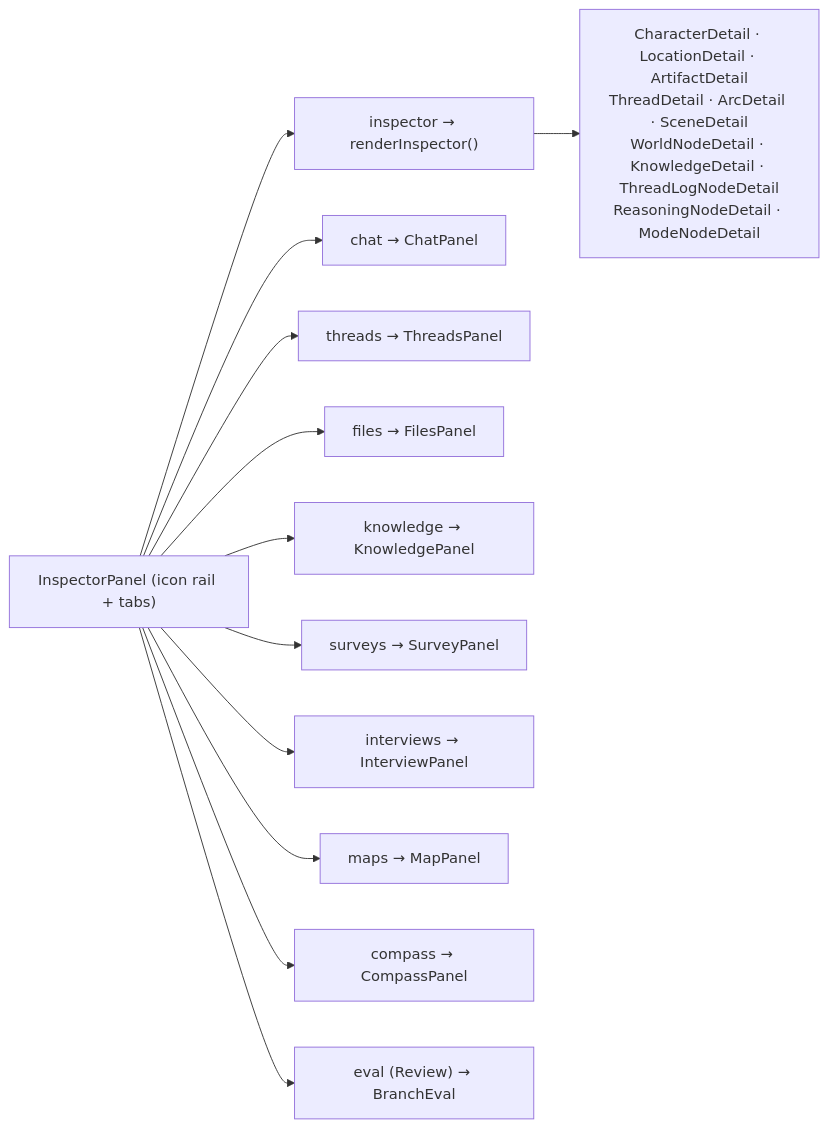
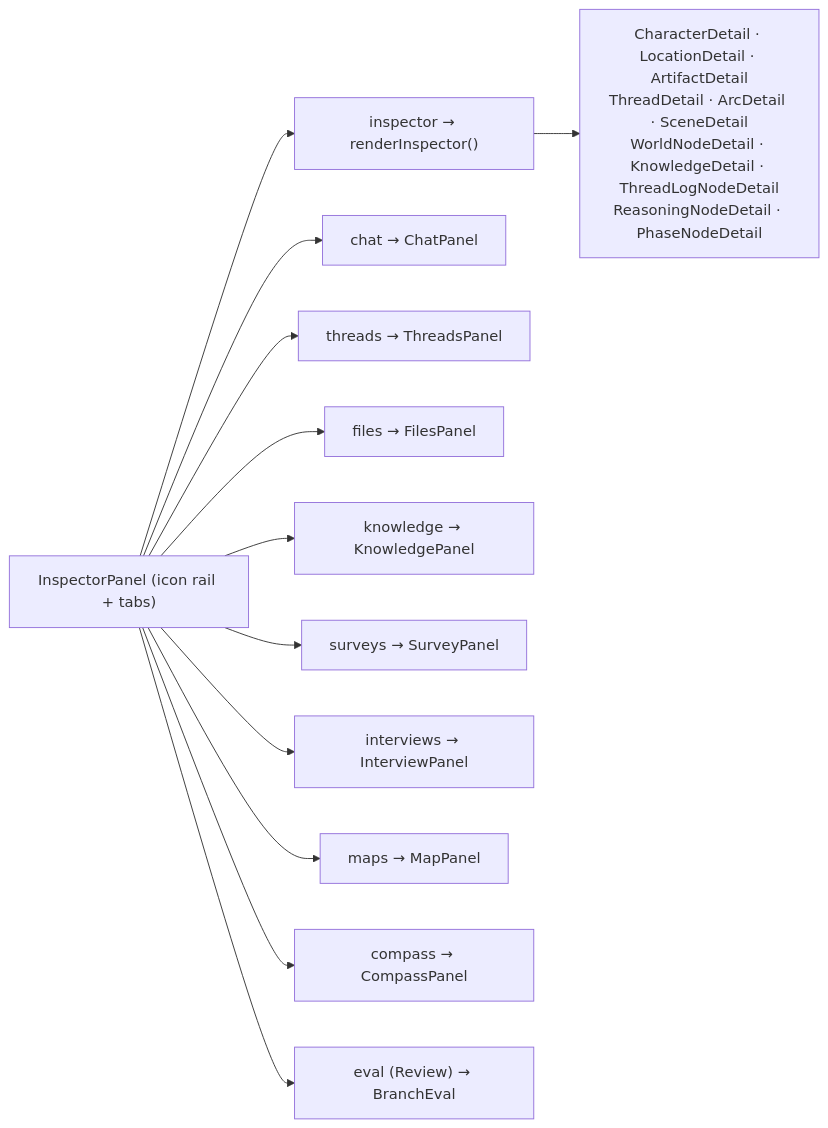
Before and after one commit to jasonyu0100/meridians: the fourth of 7 diagrams in MERMAID.md, drawn with Mermaid. The commit also changed other lines of this file and 373 other files, not shown here.

````diff
--- a/MERMAID.md
+++ b/MERMAID.md
@@ -103,15 +103,15 @@
 ```mermaid
 flowchart LR
     SP["InspectorPanel (icon rail + tabs)"]
     SP --> T1["inspector → renderInspector()"]
     SP --> T2["chat → ChatPanel"]
     SP --> T3["threads → ThreadsPanel"]
     SP --> T4["files → FilesPanel"]
     SP --> T5["knowledge → KnowledgePanel"]
     SP --> T6["surveys → SurveyPanel"]
     SP --> T7["interviews → InterviewPanel"]
     SP --> T8["maps → MapPanel"]
     SP --> T9["compass → CompassPanel"]
     SP --> T10["eval (Review) → BranchEval"]
-    T1 --> D["CharacterDetail · LocationDetail · ArtifactDetail<br/>ThreadDetail · ArcDetail · SceneDetail<br/>WorldNodeDetail · KnowledgeDetail · ThreadLogNodeDetail<br/>ReasoningNodeDetail · ModeNodeDetail"]
+    T1 --> D["CharacterDetail · LocationDetail · ArtifactDetail<br/>ThreadDetail · ArcDetail · SceneDetail<br/>WorldNodeDetail · KnowledgeDetail · ThreadLogNodeDetail<br/>ReasoningNodeDetail · PhaseNodeDetail"]
 ```
````
